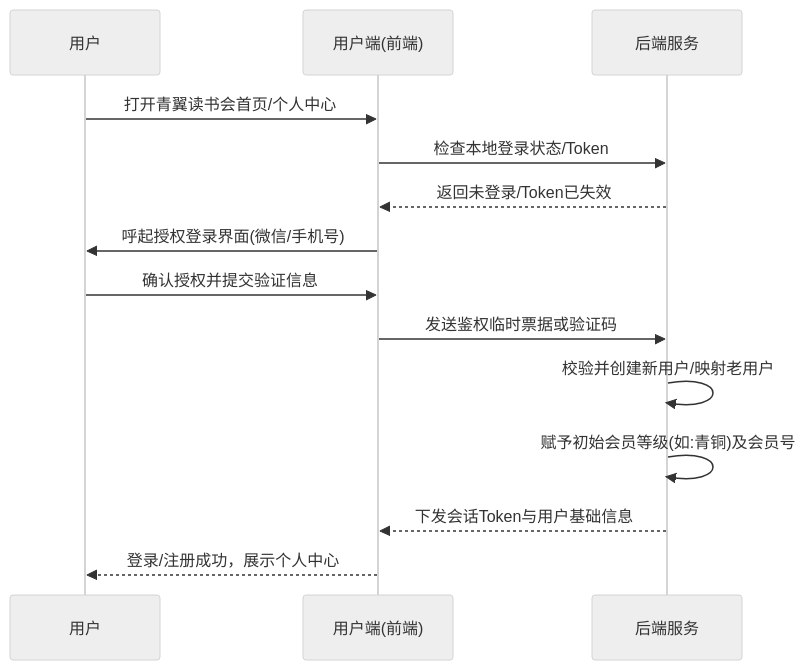
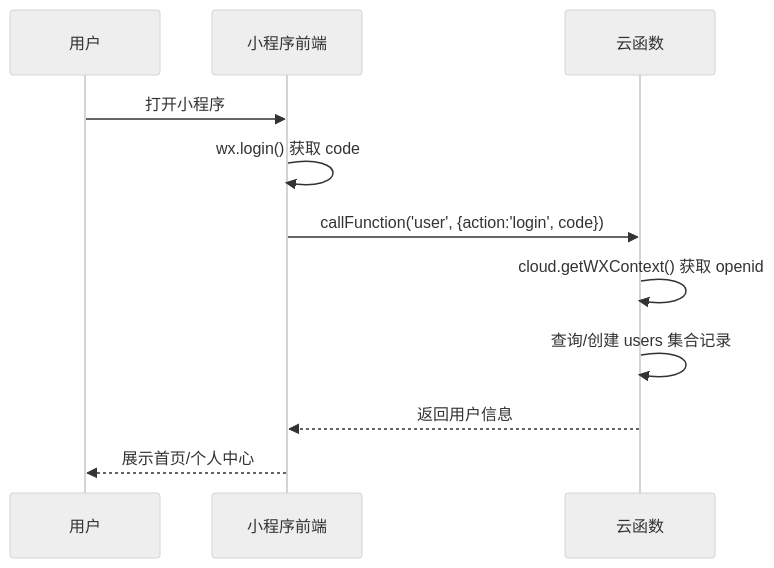
Before and after one commit to randyluo85/greenwing: the first of 5 diagrams in .vibe-context/PRD.md, drawn with Mermaid (neutral theme). The commit also changed other lines of this file and 272 other files, not shown here.

````diff
--- a/.vibe-context/PRD.md
+++ b/.vibe-context/PRD.md
@@ -221,17 +254,14 @@
 ```mermaid
 sequenceDiagram
     participant User as 用户
-    participant Frontend as 用户端(前端)
-    participant Backend as 后端服务
+    participant Frontend as 小程序前端
+    participant CloudFunc as 云函数
 
-    User->>Frontend: 打开青翼读书会首页/个人中心
-    Frontend->>Backend: 检查本地登录状态/Token
-    Backend-->>Frontend: 返回未登录/Token已失效
-    Frontend->>User: 呼起授权登录界面(微信/手机号)
-    User->>Frontend: 确认授权并提交验证信息
-    Frontend->>Backend: 发送鉴权临时票据或验证码
-    Backend->>Backend: 校验并创建新用户/映射老用户
-    Backend->>Backend: 赋予初始会员等级(如:青铜)及会员号
-    Backend-->>Frontend: 下发会话Token与用户基础信息
-    Frontend-->>User: 登录/注册成功，展示个人中心
+    User->>Frontend: 打开小程序
+    Frontend->>Frontend: wx.login() 获取 code
+    Frontend->>CloudFunc: callFunction('user', {action:'login', code})
+    CloudFunc->>CloudFunc: cloud.getWXContext() 获取 openid
+    CloudFunc->>CloudFunc: 查询/创建 users 集合记录
+    CloudFunc-->>Frontend: 返回用户信息
+    Frontend-->>User: 展示首页/个人中心
 ```
````
